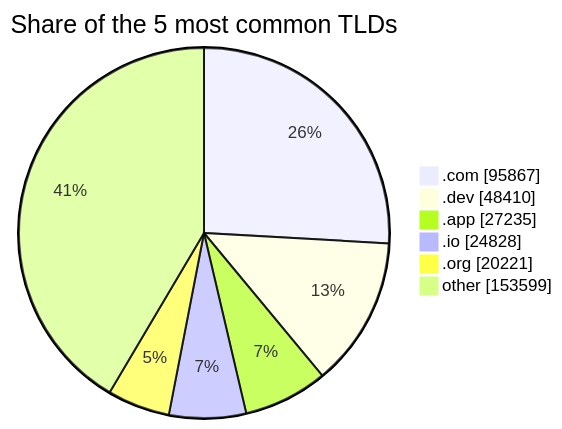
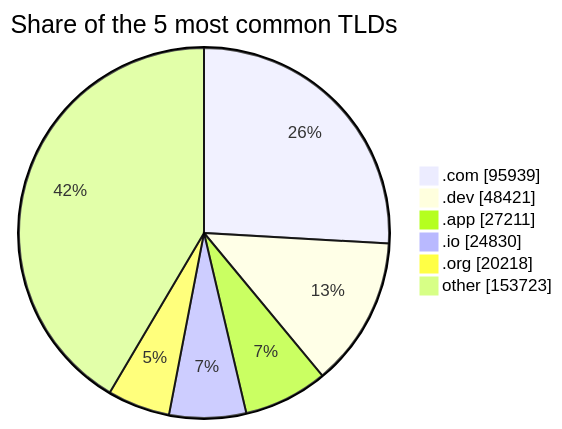
The third of 3 diagrams in README.md (DNSBunker/CTI), drawn with Mermaid before and after one commit. The commit also changed other lines of this file and 3 other files, not shown here.

````diff
--- a/README.md
+++ b/README.md
@@ -81,9 +81,9 @@
 ```mermaid
 pie showData title Share of the 5 most common TLDs
-    ".com" : 95867
-    ".dev" : 48410
-    ".app" : 27235
-    ".io" : 24828
-    ".org" : 20221
-    "other" : 153599
+    ".com" : 95939
+    ".dev" : 48421
+    ".app" : 27211
+    ".io" : 24830
+    ".org" : 20218
+    "other" : 153723
 ```
````
